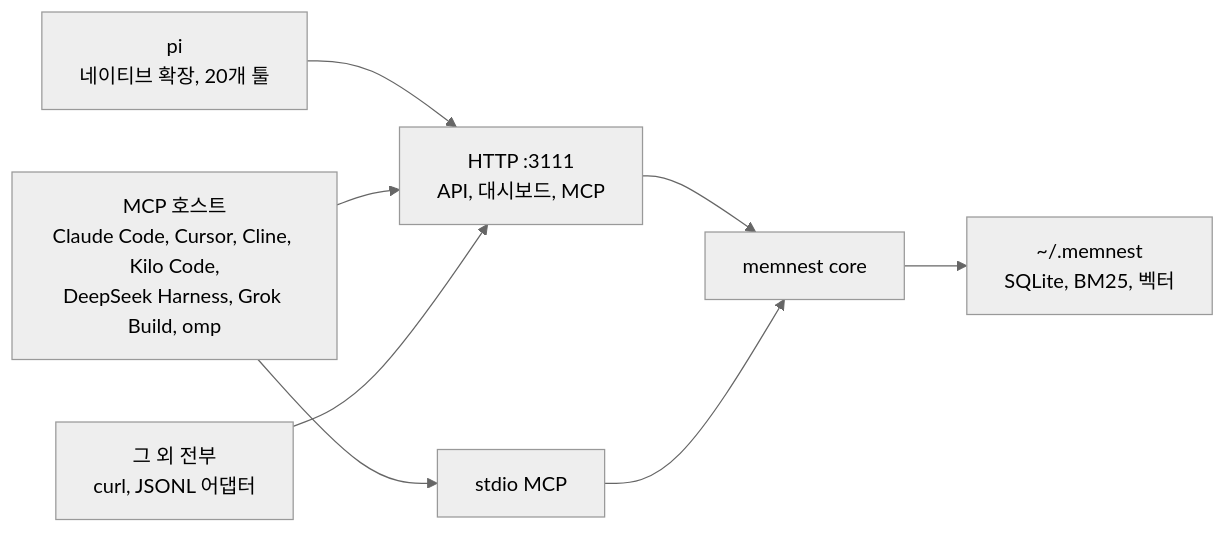
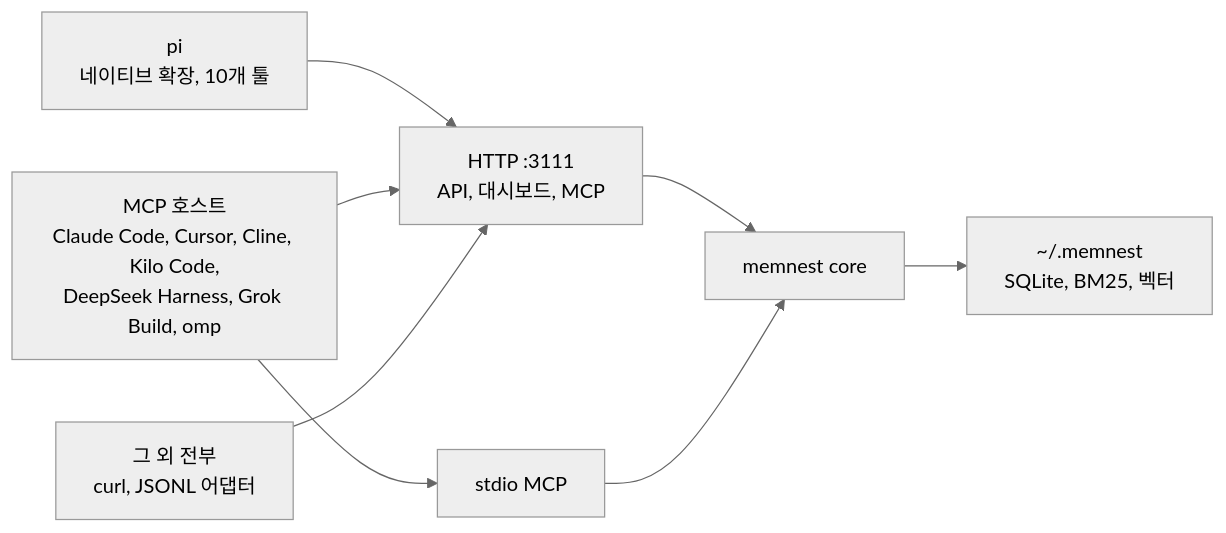
The second of 2 diagrams in README.ko.md (Blue-B/memnest), drawn with Mermaid (neutral theme) before and after one commit. The commit also changed other lines of this file and 23 other files, not shown here.

````diff
--- a/README.ko.md
+++ b/README.ko.md
@@ -78,10 +78,10 @@
 ```mermaid
 flowchart LR
-    A["pi<br/>네이티브 확장, 20개 툴"] --> H["HTTP :3111<br/>API, 대시보드, MCP"]
+    A["pi<br/>네이티브 확장, 10개 툴"] --> H["HTTP :3111<br/>API, 대시보드, MCP"]
     B["MCP 호스트<br/>Claude Code, Cursor, Cline, Kilo Code,<br/>DeepSeek Harness, Grok Build, omp"] --> H
     B --> M["stdio MCP"]
     C["그 외 전부<br/>curl, JSONL 어댑터"] --> H
     H --> CORE["memnest core"]
     M --> CORE
     CORE --> D["~/.memnest<br/>SQLite, BM25, 벡터"]
 ```
````
